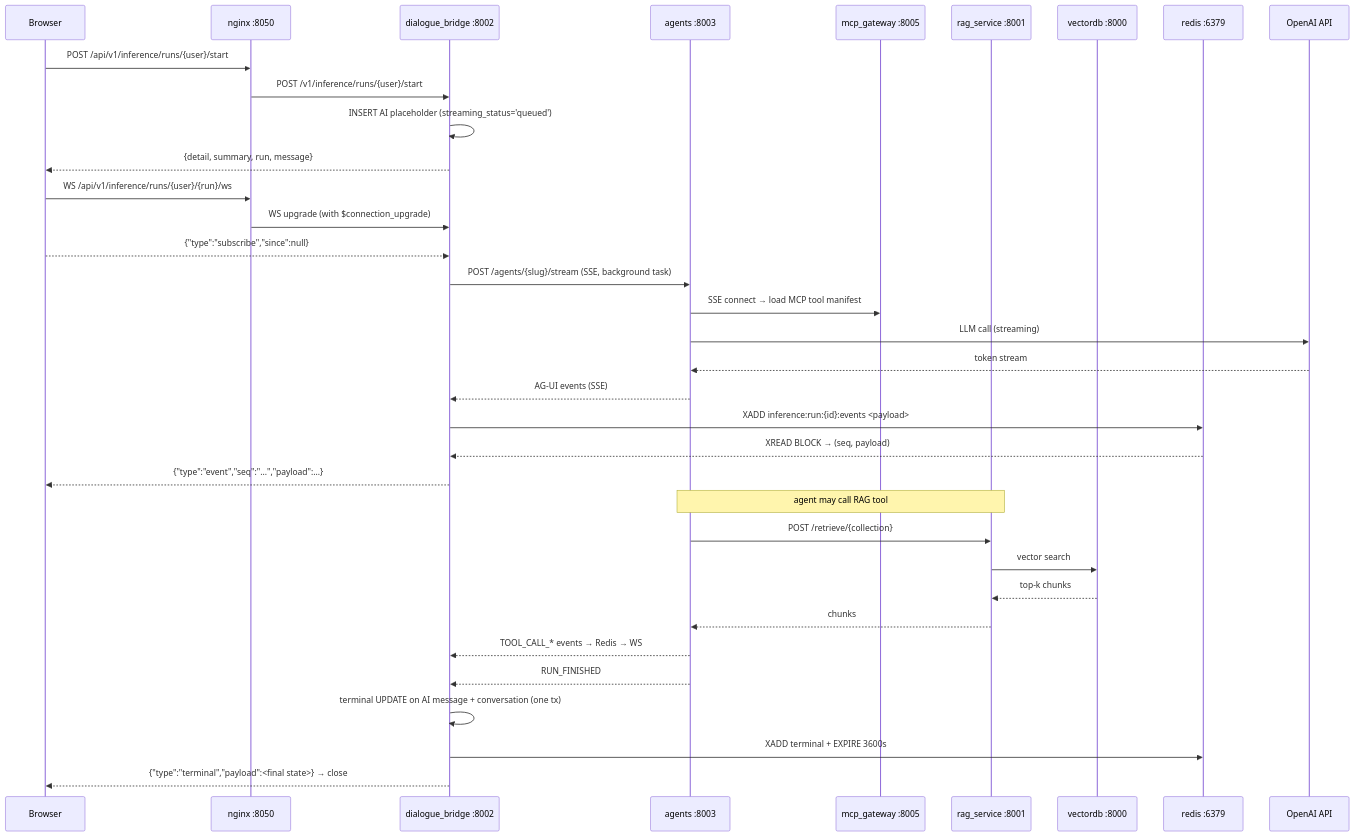
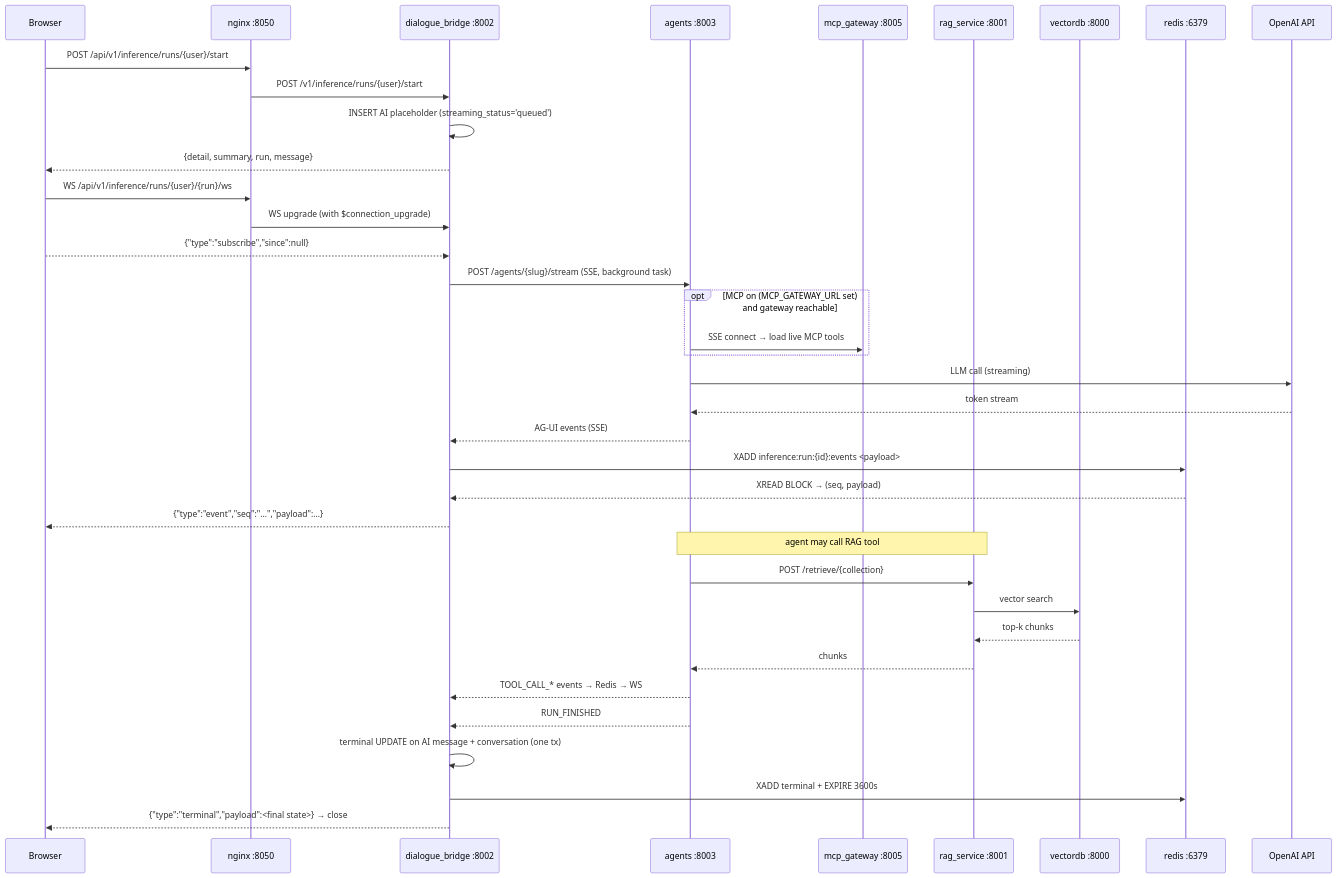
The second of 3 diagrams in docs/architecture/overview.md (konstantinosmpouros/mAgenticX), drawn with Mermaid before and after one commit. The commit also changed other lines of this file and 31 other files, not shown here.

````diff
--- a/docs/architecture/overview.md
+++ b/docs/architecture/overview.md
@@ -259,38 +259,40 @@
 ```mermaid
 sequenceDiagram
     participant B as Browser
     participant N as nginx :8050
     participant D as dialogue_bridge :8002
     participant A as agents :8003
     participant M as mcp_gateway :8005
     participant R as rag_service :8001
     participant C as vectordb :8000
     participant Rd as redis :6379
     participant O as OpenAI API
 
     B->>N: POST /api/v1/inference/runs/{user}/start
     N->>D: POST /v1/inference/runs/{user}/start
     D->>D: INSERT AI placeholder (streaming_status='queued')
     D-->>B: {detail, summary, run, message}
     B->>N: WS /api/v1/inference/runs/{user}/{run}/ws
     N->>D: WS upgrade (with $connection_upgrade)
     B-->>D: {"type":"subscribe","since":null}
     D->>A: POST /agents/{slug}/stream (SSE, background task)
-    A->>M: SSE connect → load MCP tool manifest
+    opt MCP on (MCP_GATEWAY_URL set) and gateway reachable
+        A->>M: SSE connect → load live MCP tools
+    end
     A->>O: LLM call (streaming)
     O-->>A: token stream
     A-->>D: AG-UI events (SSE)
     D->>Rd: XADD inference:run:{id}:events <payload>
     Rd-->>D: XREAD BLOCK → (seq, payload)
     D-->>B: {"type":"event","seq":"...","payload":...}
     Note over A,R: agent may call RAG tool
     A->>R: POST /retrieve/{collection}
     R->>C: vector search
     C-->>R: top-k chunks
     R-->>A: chunks
     A-->>D: TOOL_CALL_* events → Redis → WS
     A-->>D: RUN_FINISHED
     D->>D: terminal UPDATE on AI message + conversation (one tx)
     D->>Rd: XADD terminal + EXPIRE 3600s
     D-->>B: {"type":"terminal","payload":<final state>} → close
 ```
````
